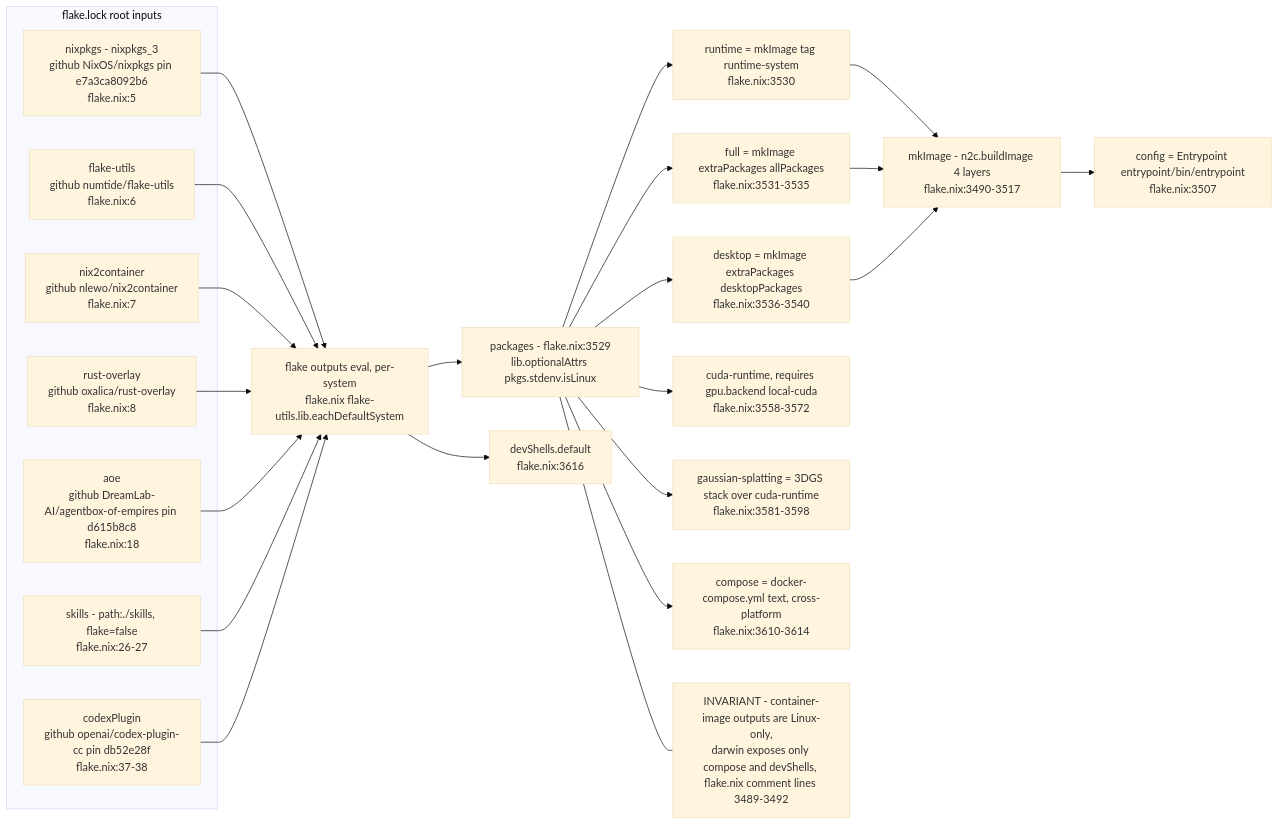
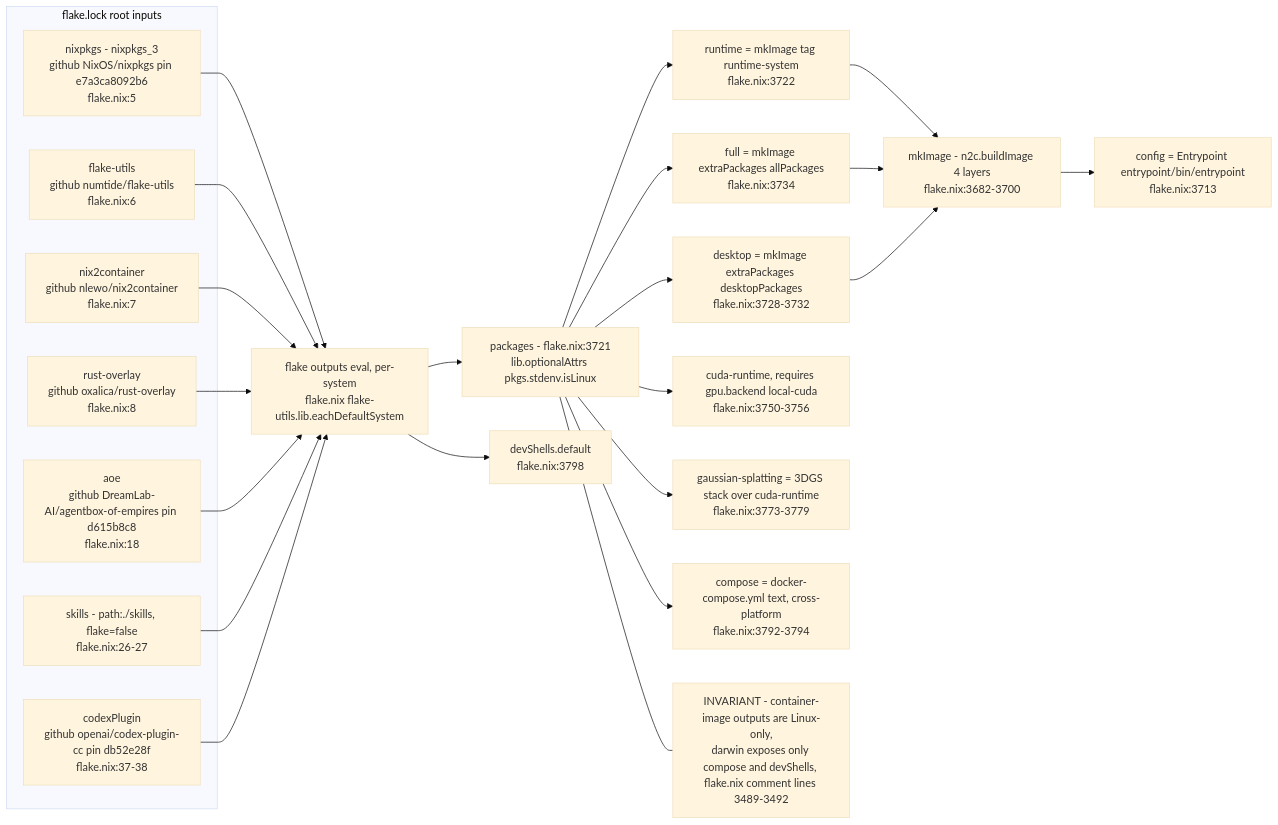
One commit to DreamLab-AI/VisionFlow changed the ninth of 11 diagrams in docs/diagrams/agentbox/01-nix-flake-composition.md. Above: the diagram before and after it, drawn with Mermaid (base theme). The commit also changed other lines of this file and 51 other files, not shown here.

First line of the commit message:
docs(diagrams): agentbox AB-01..13 re-attested anchor by anchor (980 anchors, 22 defects); checkpoint against an out-of-mesh writer

````diff
--- a/docs/diagrams/agentbox/01-nix-flake-composition.md
+++ b/docs/diagrams/agentbox/01-nix-flake-composition.md
@@ -361,39 +361,39 @@
 ```mermaid
 flowchart LR
     subgraph INPUTS["flake.lock root inputs"]
         NIXPKGS["nixpkgs - nixpkgs_3<br/>github NixOS/nixpkgs pin e7a3ca8092b6<br/>flake.nix:5"]
         FU["flake-utils<br/>github numtide/flake-utils<br/>flake.nix:6"]
         N2C["nix2container<br/>github nlewo/nix2container<br/>flake.nix:7"]
         RO["rust-overlay<br/>github oxalica/rust-overlay<br/>flake.nix:8"]
         AOE["aoe<br/>github DreamLab-AI/agentbox-of-empires pin d615b8c8<br/>flake.nix:18"]
         SKILLS["skills - path:./skills, flake=false<br/>flake.nix:26-27"]
         CODEX["codexPlugin<br/>github openai/codex-plugin-cc pin db52e28f<br/>flake.nix:37-38"]
     end
 
     NIXPKGS --> EVAL["flake outputs eval, per-system<br/>flake.nix flake-utils.lib.eachDefaultSystem"]
     FU --> EVAL
     N2C --> EVAL
     RO --> EVAL
     AOE --> EVAL
     SKILLS --> EVAL
     CODEX --> EVAL
 
-    EVAL --> PACKAGES["packages - flake.nix:3529<br/>lib.optionalAttrs pkgs.stdenv.isLinux"]
-    EVAL --> DEVSHELL["devShells.default<br/>flake.nix:3616"]
+    EVAL --> PACKAGES["packages - flake.nix:3721<br/>lib.optionalAttrs pkgs.stdenv.isLinux"]
+    EVAL --> DEVSHELL["devShells.default<br/>flake.nix:3798"]
 
-    PACKAGES --> RUNTIME["runtime = mkImage tag runtime-system<br/>flake.nix:3530"]
-    PACKAGES --> FULL["full = mkImage extraPackages allPackages<br/>flake.nix:3531-3535"]
-    PACKAGES --> DESKTOP["desktop = mkImage extraPackages desktopPackages<br/>flake.nix:3536-3540"]
-    PACKAGES --> CUDART["cuda-runtime, requires gpu.backend local-cuda<br/>flake.nix:3558-3572"]
-    PACKAGES --> GSPLAT["gaussian-splatting = 3DGS stack over cuda-runtime<br/>flake.nix:3581-3598"]
-    PACKAGES --> COMPOSE["compose = docker-compose.yml text, cross-platform<br/>flake.nix:3610-3614"]
+    PACKAGES --> RUNTIME["runtime = mkImage tag runtime-system<br/>flake.nix:3722"]
+    PACKAGES --> FULL["full = mkImage extraPackages allPackages<br/>flake.nix:3734"]
+    PACKAGES --> DESKTOP["desktop = mkImage extraPackages desktopPackages<br/>flake.nix:3728-3732"]
+    PACKAGES --> CUDART["cuda-runtime, requires gpu.backend local-cuda<br/>flake.nix:3750-3756"]
+    PACKAGES --> GSPLAT["gaussian-splatting = 3DGS stack over cuda-runtime<br/>flake.nix:3773-3779"]
+    PACKAGES --> COMPOSE["compose = docker-compose.yml text, cross-platform<br/>flake.nix:3792-3794"]
 
-    RUNTIME --> MKIMG["mkImage - n2c.buildImage 4 layers<br/>flake.nix:3490-3517"]
+    RUNTIME --> MKIMG["mkImage - n2c.buildImage 4 layers<br/>flake.nix:3682-3700"]
     FULL --> MKIMG
     DESKTOP --> MKIMG
 
-    MKIMG --> ENTRYPOINT["config = Entrypoint entrypoint/bin/entrypoint<br/>flake.nix:3507"]
+    MKIMG --> ENTRYPOINT["config = Entrypoint entrypoint/bin/entrypoint<br/>flake.nix:3713"]
 
     NOTE1["INVARIANT - container-image outputs are Linux-only,<br/>darwin exposes only compose and devShells, flake.nix comment lines 3489-3492"]
     PACKAGES --- NOTE1
 ```
````
